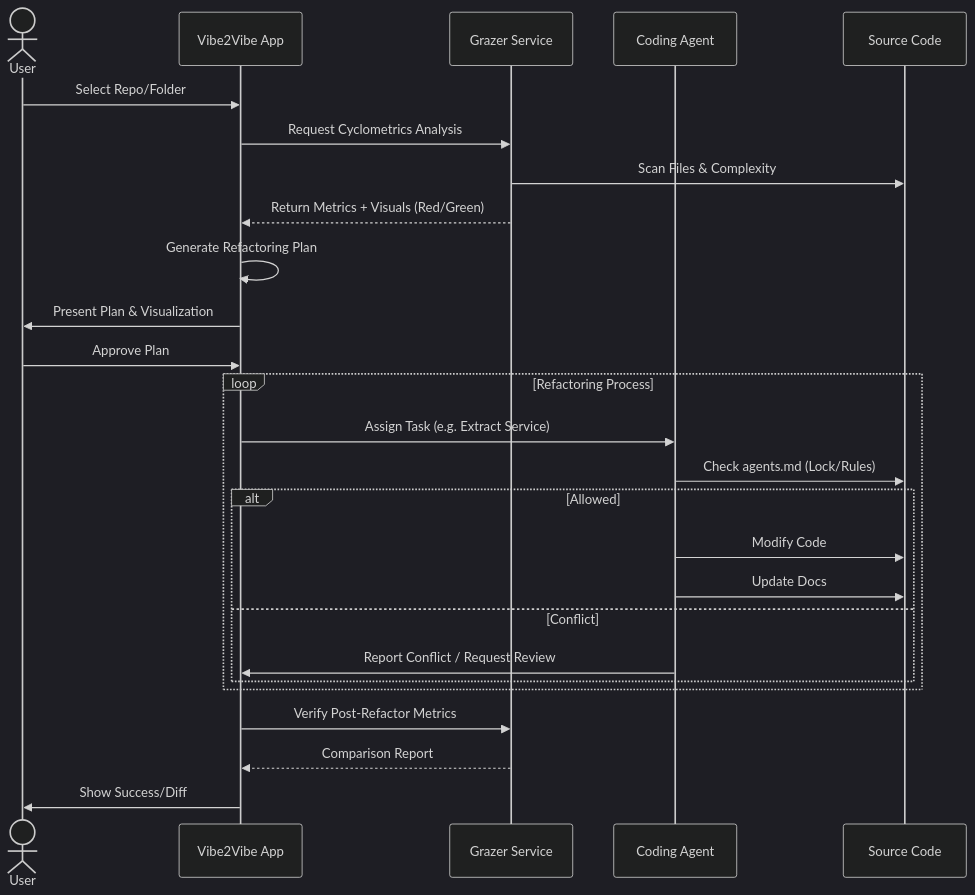
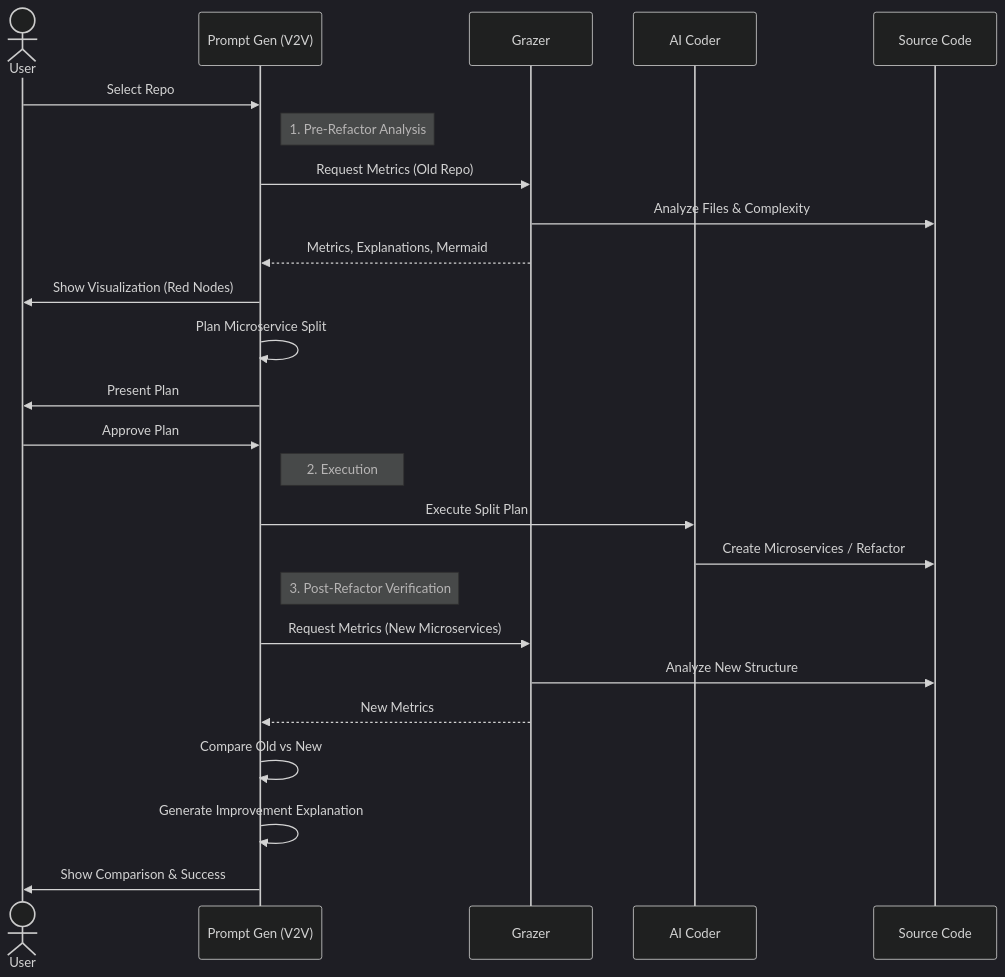
One commit to kirilligum/vibe2vibe-hackathon-251206 changed the diagram in diagrams/workflow.mmd. Above: the diagram before and after it, drawn with Mermaid (dark theme). The commit also changed 3 other files, not shown here.

Commit message:
docs: Update architecture and workflow diagrams

```diff
--- a/diagrams/workflow.mmd
+++ b/diagrams/workflow.mmd
@@ -1,27 +1,30 @@
 sequenceDiagram
     actor User
-    participant V2V as Vibe2Vibe App
-    participant Grazer as Grazer Service
-    participant Agent as Coding Agent
+    participant PG as Prompt Gen (V2V)
+    participant Grazer
+    participant Agent as AI Coder
     participant Repo as Source Code
 
-    User->>V2V: Select Repo/Folder
-    V2V->>Grazer: Request Cyclometrics Analysis
-    Grazer->>Repo: Scan Files & Complexity
-    Grazer-->>V2V: Return Metrics + Visuals (Red/Green)
-    V2V->>V2V: Generate Refactoring Plan
-    V2V->>User: Present Plan & Visualization
-    User->>V2V: Approve Plan
-    loop Refactoring Process
-        V2V->>Agent: Assign Task (e.g. Extract Service)
-        Agent->>Repo: Check agents.md (Lock/Rules)
-        alt Allowed
-            Agent->>Repo: Modify Code
-            Agent->>Repo: Update Docs
-        else Conflict
-            Agent->>V2V: Report Conflict / Request Review
-        end
-    end
-    V2V->>Grazer: Verify Post-Refactor Metrics
-    Grazer-->>V2V: Comparison Report
-    V2V->>User: Show Success/Diff
+    User->>PG: Select Repo
+    
+    note right of PG: 1. Pre-Refactor Analysis
+    PG->>Grazer: Request Metrics (Old Repo)
+    Grazer->>Repo: Analyze Files & Complexity
+    Grazer-->>PG: Metrics, Explanations, Mermaid
+    PG->>User: Show Visualization (Red Nodes)
+
+    PG->>PG: Plan Microservice Split
+    PG->>User: Present Plan
+    User->>PG: Approve Plan
+
+    note right of PG: 2. Execution
+    PG->>Agent: Execute Split Plan
+    Agent->>Repo: Create Microservices / Refactor
+
+    note right of PG: 3. Post-Refactor Verification
+    PG->>Grazer: Request Metrics (New Microservices)
+    Grazer->>Repo: Analyze New Structure
+    Grazer-->>PG: New Metrics
+    PG->>PG: Compare Old vs New
+    PG->>PG: Generate Improvement Explanation
+    PG->>User: Show Comparison & Success
```
